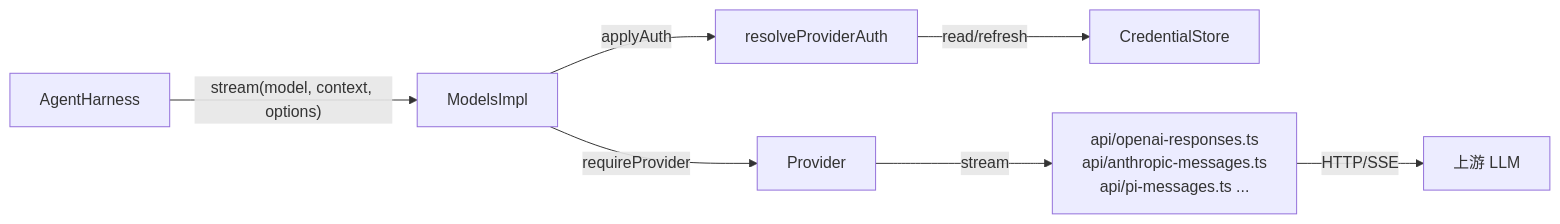
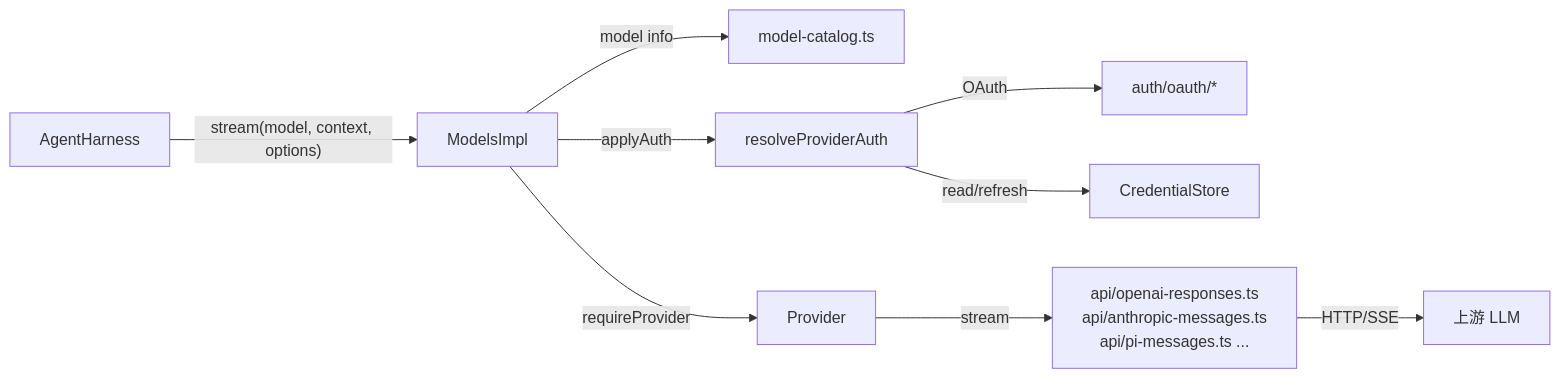
One commit to jefby/pi changed the fifth of 7 diagrams in docs/architecture.md. Above: the diagram before and after it, drawn with Mermaid. The commit also changed other lines of this file, not shown here.

Commit message:
docs: update architecture.md to reflect current codebase

````diff
--- a/docs/architecture.md
+++ b/docs/architecture.md
@@ -274,17 +290,21 @@
 ```mermaid
 flowchart LR
     Caller[AgentHarness]
     Models[ModelsImpl]
+    Catalog[model-catalog.ts]
     Auth[resolveProviderAuth]
+    OAuth[auth/oauth/*]
     Store[CredentialStore]
     Provider[Provider]
     API[api/openai-responses.ts<br/>api/anthropic-messages.ts<br/>api/pi-messages.ts ...]
     Upstream[上游 LLM]
 
     Caller -->|"stream(model, context, options)"| Models
     Models -->|requireProvider| Provider
+    Models -->|model info| Catalog
     Models -->|applyAuth| Auth
+    Auth -->|OAuth| OAuth
     Auth -->|read/refresh| Store
     Provider -->|stream| API
     API -->|HTTP/SSE| Upstream
 ```
````
